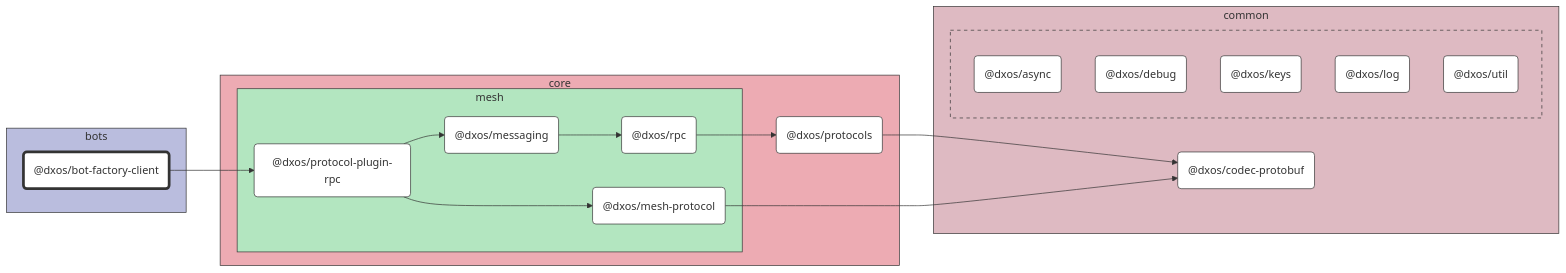
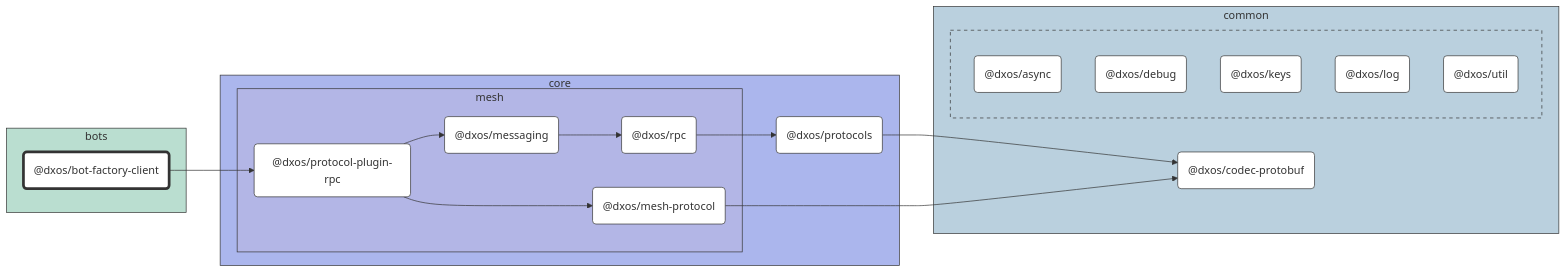
One commit to dxos/dxos changed the diagram in packages/bots/bot-factory-client/docs/README.md. Above: the diagram before and after it, drawn with Mermaid. The commit also changed 86 other files, not shown here.

````diff
--- a/packages/bots/bot-factory-client/docs/README.md
+++ b/packages/bots/bot-factory-client/docs/README.md
@@ -7,65 +7,65 @@
 ```mermaid
 %%{ init: {'flowchart':{'curve':'basis'}} }%%
 
 flowchart LR
 
 %% Classes
 classDef def fill:#fff,stroke:#333,stroke-width:1px
 classDef root fill:#fff,stroke:#333,stroke-width:4px
 
 %% Nodes
 
 subgraph bots [bots]
-  style bots fill:#babdde,stroke:#333
+  style bots fill:#baded0,stroke:#333
   dxos/bot-factory-client("@dxos/bot-factory-client"):::root
   click dxos/bot-factory-client "dxos/dxos/tree/main/packages/bots/bot-factory-client/docs"
 end
 
 subgraph common [common]
-  style common fill:#debac2,stroke:#333
+  style common fill:#bad0de,stroke:#333
   dxos/codec-protobuf("@dxos/codec-protobuf"):::def
   click dxos/codec-protobuf "dxos/dxos/tree/main/packages/common/codec-protobuf/docs"
 
   subgraph _ [ ]
-    style _ fill:#debac2,stroke:#333,stroke-dasharray:5 5
+    style _ fill:#bad0de,stroke:#333,stroke-dasharray:5 5
     dxos/async("@dxos/async"):::def
     click dxos/async "dxos/dxos/tree/main/packages/common/async/docs"
     dxos/debug("@dxos/debug"):::def
     click dxos/debug "dxos/dxos/tree/main/packages/common/debug/docs"
     dxos/keys("@dxos/keys"):::def
     click dxos/keys "dxos/dxos/tree/main/packages/common/keys/docs"
     dxos/log("@dxos/log"):::def
     click dxos/log "dxos/dxos/tree/main/packages/common/log/docs"
     dxos/util("@dxos/util"):::def
     click dxos/util "dxos/dxos/tree/main/packages/common/util/docs"
   end
 end
 
 subgraph core [core]
-  style core fill:#edabb3,stroke:#333
+  style core fill:#abb6ed,stroke:#333
   dxos/protocols("@dxos/protocols"):::def
   click dxos/protocols "dxos/dxos/tree/main/packages/core/protocols/docs"
 
   subgraph mesh [mesh]
-    style mesh fill:#b3e6c0,stroke:#333
+    style mesh fill:#b3b6e6,stroke:#333
     dxos/protocol-plugin-rpc("@dxos/protocol-plugin-rpc"):::def
     click dxos/protocol-plugin-rpc "dxos/dxos/tree/main/packages/core/mesh/protocol-plugin-rpc/docs"
     dxos/messaging("@dxos/messaging"):::def
     click dxos/messaging "dxos/dxos/tree/main/packages/core/mesh/messaging/docs"
     dxos/rpc("@dxos/rpc"):::def
     click dxos/rpc "dxos/dxos/tree/main/packages/core/mesh/rpc/docs"
     dxos/mesh-protocol("@dxos/mesh-protocol"):::def
     click dxos/mesh-protocol "dxos/dxos/tree/main/packages/core/mesh/mesh-protocol/docs"
   end
 end
 
 %% Links
 linkStyle default stroke:#333,stroke-width:1px
 dxos/bot-factory-client --> dxos/protocol-plugin-rpc
 dxos/protocol-plugin-rpc --> dxos/messaging
 dxos/protocols --> dxos/codec-protobuf
 dxos/messaging --> dxos/rpc
 dxos/rpc --> dxos/protocols
 dxos/protocol-plugin-rpc --> dxos/mesh-protocol
 dxos/mesh-protocol --> dxos/codec-protobuf
 ```
````
